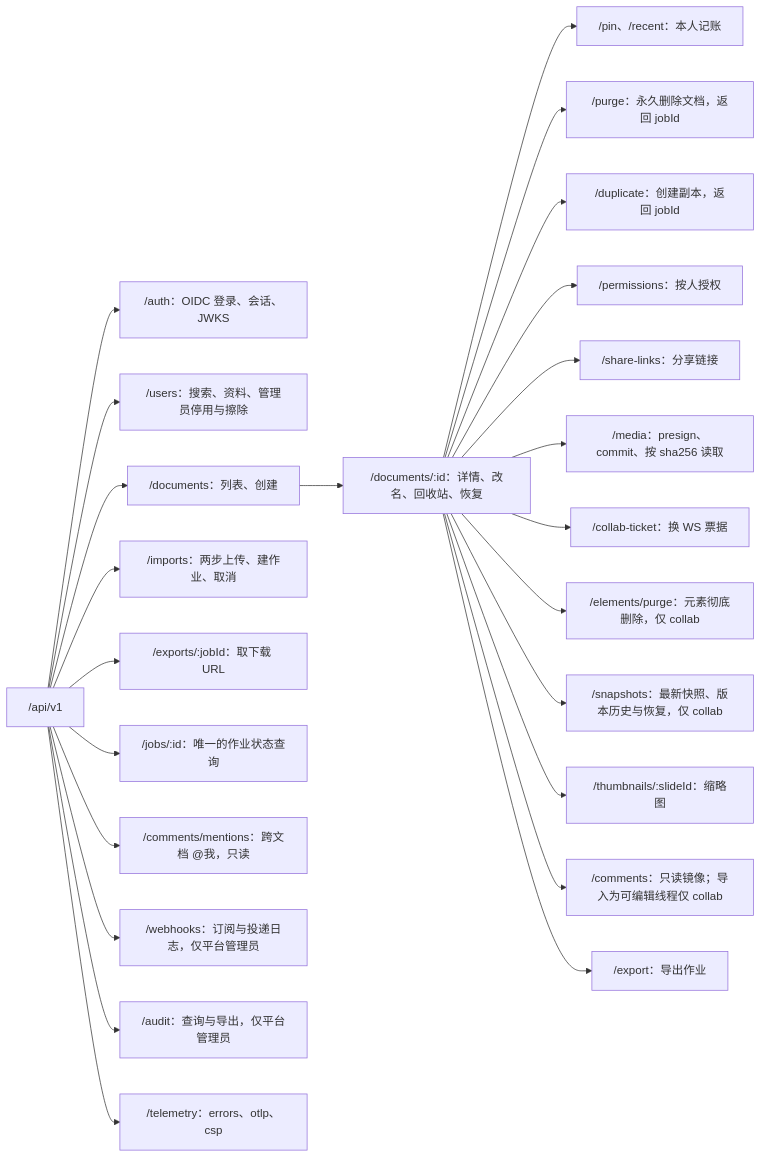
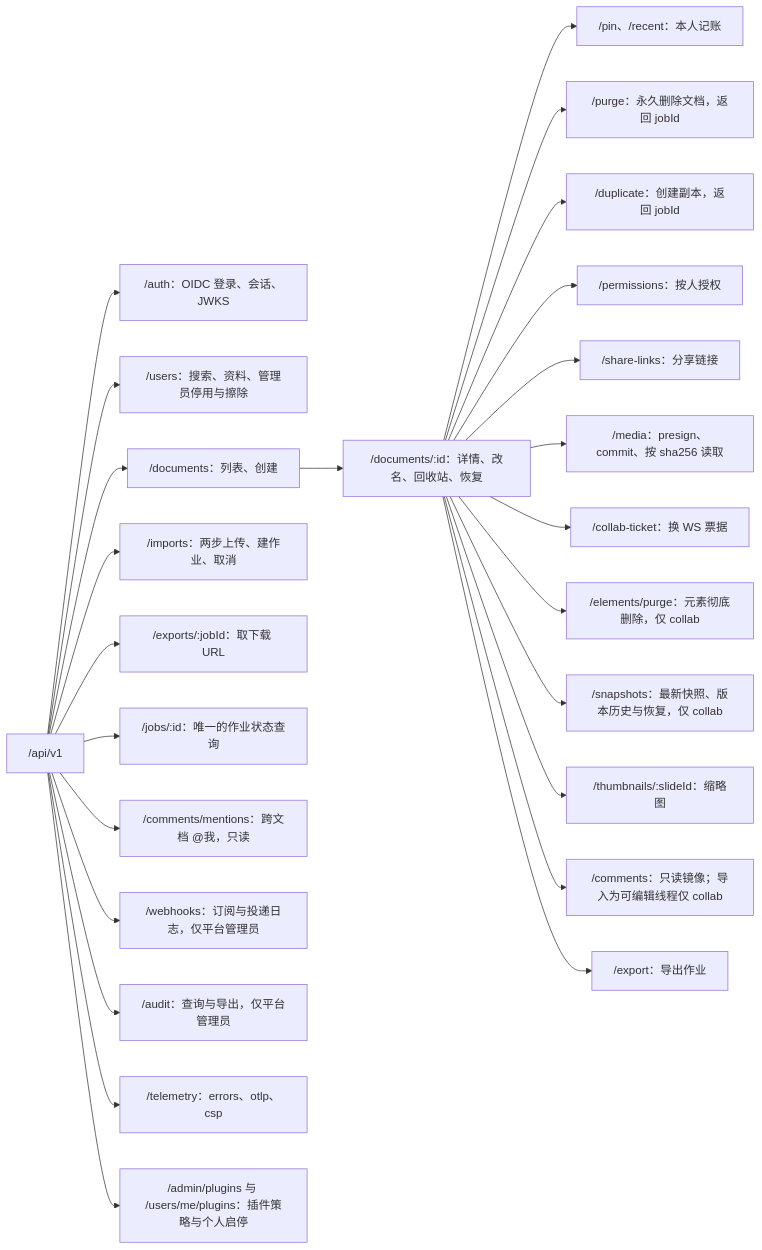
One commit to Xeonice/cordis-ppt-editor changed the second of 3 diagrams in docs/60-backend/15-rest-api-catalog.md. Above: the diagram before and after it, drawn with Mermaid. The commit also changed other lines of this file and 19 other files, not shown here.

````diff
--- a/docs/60-backend/15-rest-api-catalog.md
+++ b/docs/60-backend/15-rest-api-catalog.md
@@ -113,26 +113,27 @@
 ```mermaid
 flowchart LR
   root["/api/v1"] --> auth["/auth：OIDC 登录、会话、JWKS"]
   root --> users["/users：搜索、资料、管理员停用与擦除"]
   root --> docs["/documents：列表、创建"]
   docs --> doc["/documents/:id：详情、改名、回收站、恢复"]
   doc --> marks["/pin、/recent：本人记账"]
   doc --> purge["/purge：永久删除文档，返回 jobId"]
   doc --> dup["/duplicate：创建副本，返回 jobId"]
   doc --> perms["/permissions：按人授权"]
   doc --> links["/share-links：分享链接"]
   doc --> media["/media：presign、commit、按 sha256 读取"]
   doc --> ticket["/collab-ticket：换 WS 票据"]
   doc --> elem["/elements/purge：元素彻底删除，仅 collab"]
   doc --> snaps["/snapshots：最新快照、版本历史与恢复，仅 collab"]
   doc --> thumbs["/thumbnails/:slideId：缩略图"]
   doc --> comments["/comments：只读镜像；导入为可编辑线程仅 collab"]
   doc --> exportR["/export：导出作业"]
   root --> imports["/imports：两步上传、建作业、取消"]
   root --> exportsR["/exports/:jobId：取下载 URL"]
   root --> jobs["/jobs/:id：唯一的作业状态查询"]
   root --> mentions["/comments/mentions：跨文档 @我，只读"]
   root --> webhooks["/webhooks：订阅与投递日志，仅平台管理员"]
   root --> audit["/audit：查询与导出，仅平台管理员"]
   root --> telemetry["/telemetry：errors、otlp、csp"]
+  root --> pluginsR["/admin/plugins 与 /users/me/plugins：插件策略与个人启停"]
 ```
````
